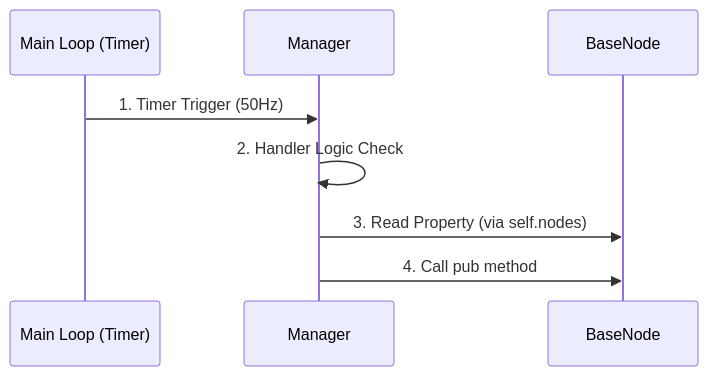
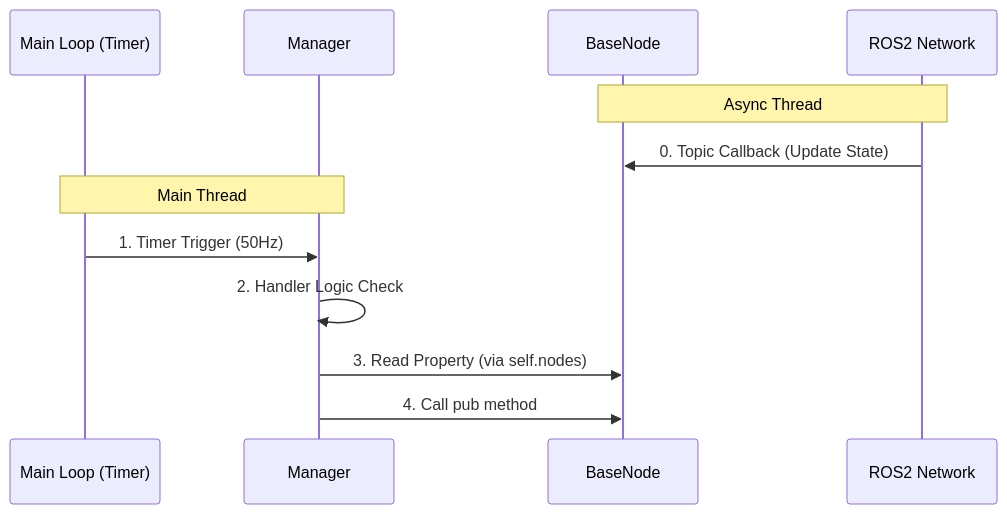
Before and after one commit to 11chens/ros_base_doc: the first of 3 diagrams in docs/core-concepts/node.md, drawn with Mermaid. The commit also changed other lines of this file and 6 other files, not shown here.

````diff
--- a/docs/core-concepts/node.md
+++ b/docs/core-concepts/node.md
@@ -13,11 +13,16 @@
 ```mermaid
 sequenceDiagram
     participant OS as Main Loop (Timer)
     participant Mgr as Manager
     participant Node as BaseNode
+    participant ROS as ROS2 Network
 
+    Note over ROS, Node: Async Thread
+    ROS->>Node: 0. Topic Callback (Update State)
+
+    Note over OS, Mgr: Main Thread
     OS->>Mgr: 1. Timer Trigger (50Hz)
     Mgr->>Mgr: 2. Handler Logic Check
     Mgr->>Node: 3. Read Property (via self.nodes)
     Mgr->>Node: 4. Call pub method
 ```
````
